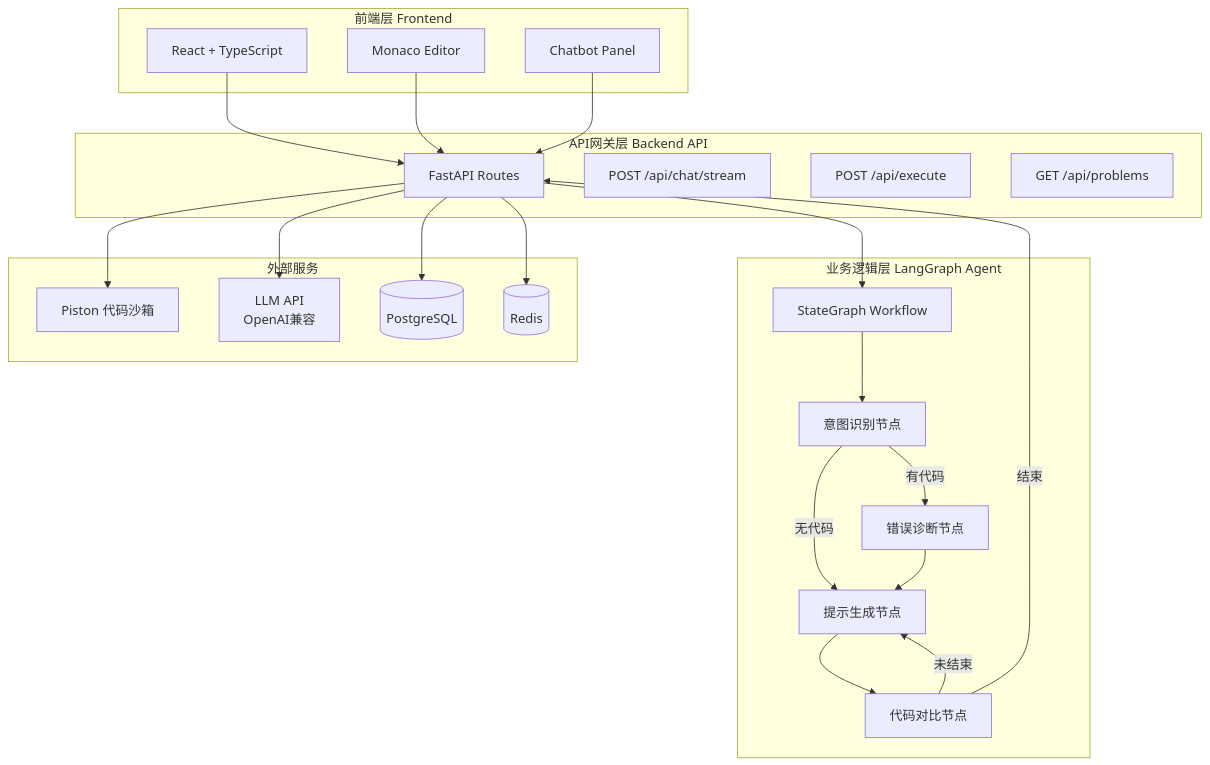
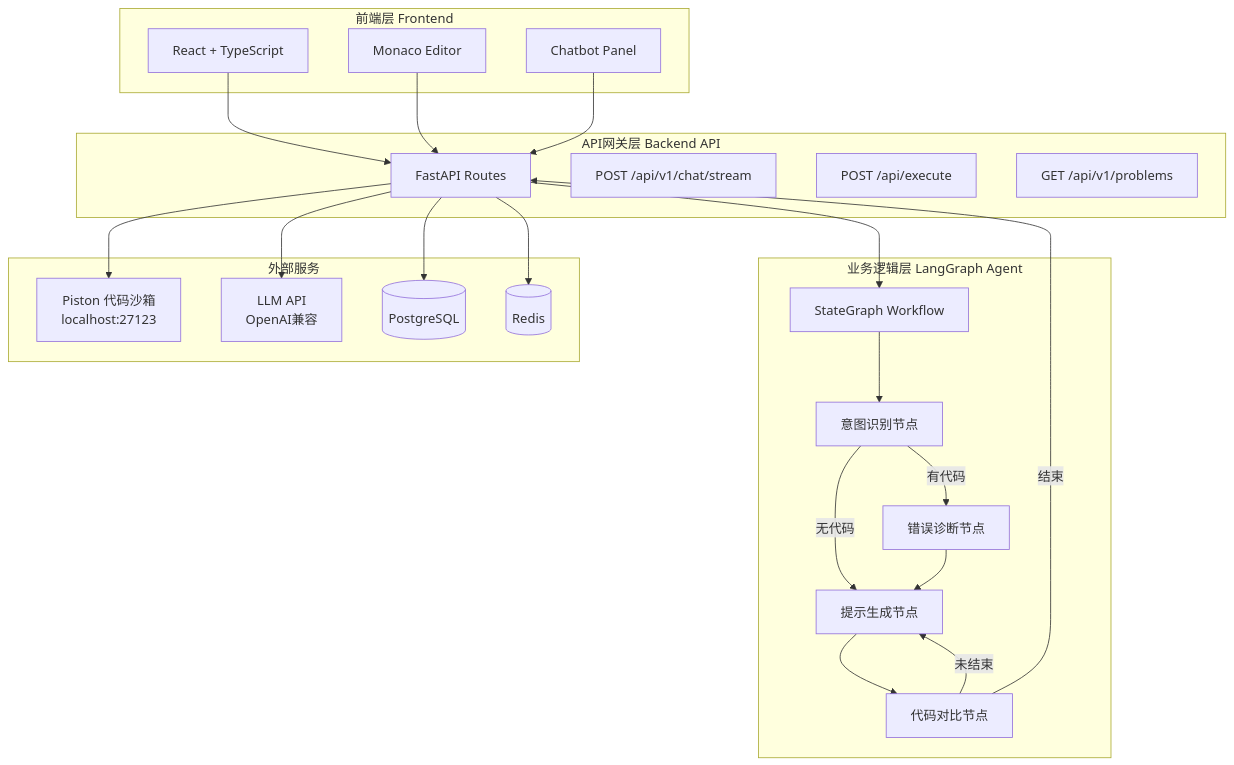
One commit to tomslong/Algostone changed the first of 5 diagrams in docs/ARCHITECTURE.md. Above: the diagram before and after it, drawn with Mermaid. The commit also changed other lines of this file and 3 other files, not shown here.

````diff
--- a/docs/ARCHITECTURE.md
+++ b/docs/ARCHITECTURE.md
@@ -9,47 +9,47 @@
 ```mermaid
 graph TB
     subgraph "前端层 Frontend"
         UI[React + TypeScript]
         Monaco[Monaco Editor]
         Chat[Chatbot Panel]
     end
 
     subgraph "API网关层 Backend API"
         FastAPI[FastAPI Routes]
-        ChatRoute[POST /api/chat/stream]
+        ChatRoute[POST /api/v1/chat/stream]
         ExecRoute[POST /api/execute]
-        ProbRoute[GET /api/problems]
+        ProbRoute[GET /api/v1/problems]
     end
 
     subgraph "业务逻辑层 LangGraph Agent"
         StateGraph[StateGraph Workflow]
         Intent[意图识别节点]
         Error[错误诊断节点]
         Hint[提示生成节点]
         Compare[代码对比节点]
     end
 
     subgraph "外部服务"
-        Piston[Piston 代码沙箱]
+        Piston[Piston 代码沙箱<br/>localhost:27123]
         LLM[LLM API<br/>OpenAI兼容]
         PG[(PostgreSQL)]
         R[(Redis)]
     end
 
     UI --> FastAPI
     Monaco --> FastAPI
     Chat --> FastAPI
     FastAPI --> StateGraph
     StateGraph --> Intent
     Intent -->|有代码| Error
     Intent -->|无代码| Hint
     Error --> Hint
     Hint --> Compare
     Compare -->|未结束| Hint
     Compare -->|结束| FastAPI
 
     FastAPI --> Piston
     FastAPI --> LLM
     FastAPI --> PG
     FastAPI --> R
 ```
````
